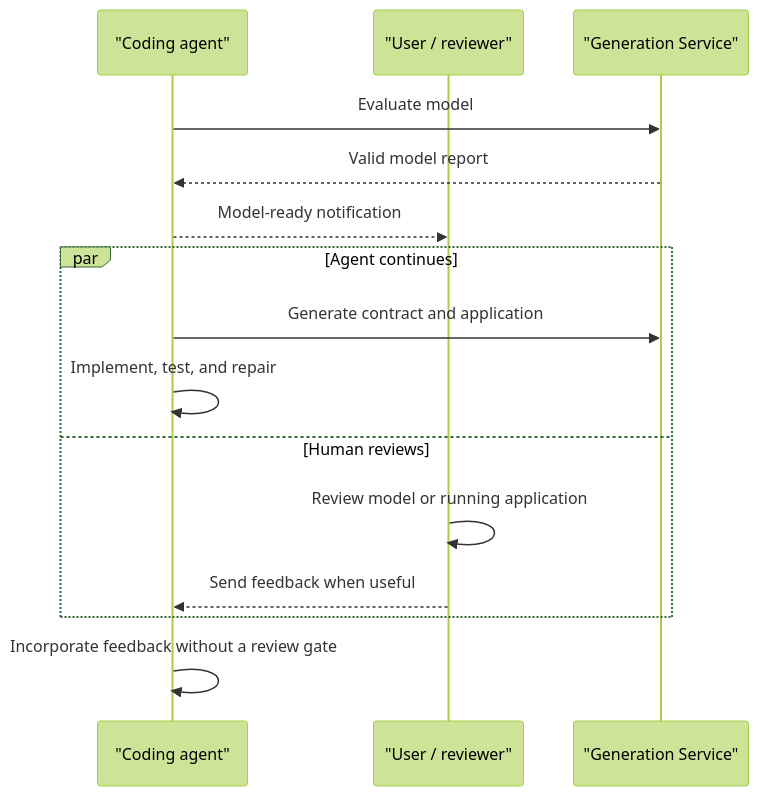
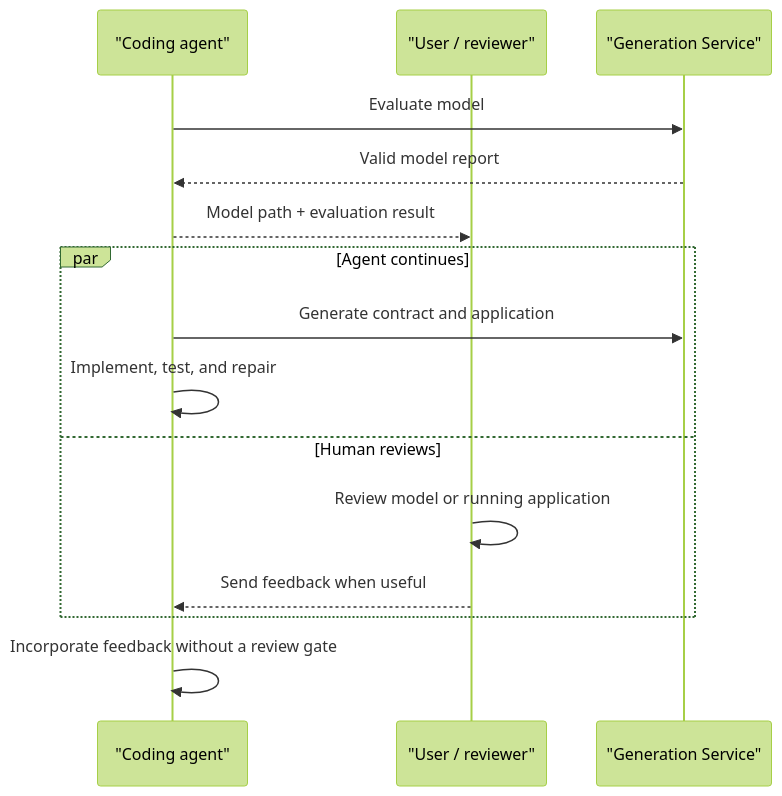
The second of 2 diagrams in README.md (teaql/teaql-agent-kit), drawn with Mermaid (forest theme) before and after one commit. The commit also changed other lines of this file and 5 other files, not shown here.

Commit message:
Define a concise model-ready signal

````diff
--- a/README.md
+++ b/README.md
@@ -89,17 +95,17 @@
 ```mermaid
 sequenceDiagram
     participant A as "Coding agent"
     participant U as "User / reviewer"
     participant G as "Generation Service"
     A->>G: Evaluate model
     G-->>A: Valid model report
-    A-->>U: Model-ready notification
+    A-->>U: Model path + evaluation result
     par Agent continues
         A->>G: Generate contract and application
         A->>A: Implement, test, and repair
     and Human reviews
         U->>U: Review model or running application
         U-->>A: Send feedback when useful
     end
     A->>A: Incorporate feedback without a review gate
 ```
````
